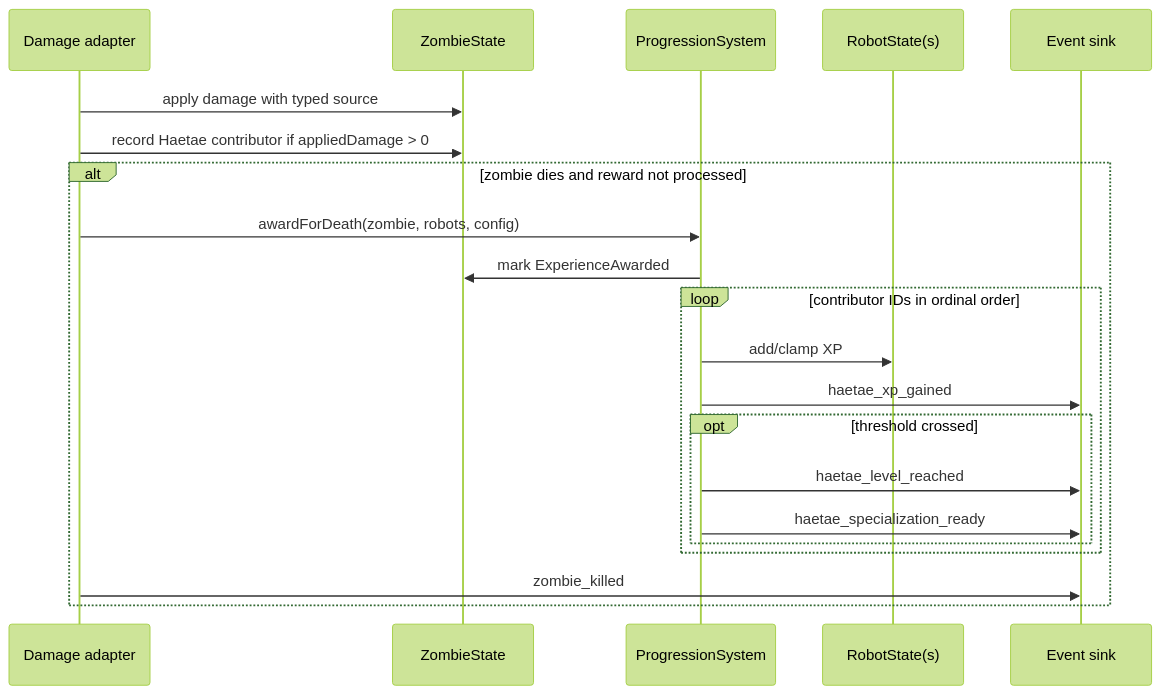
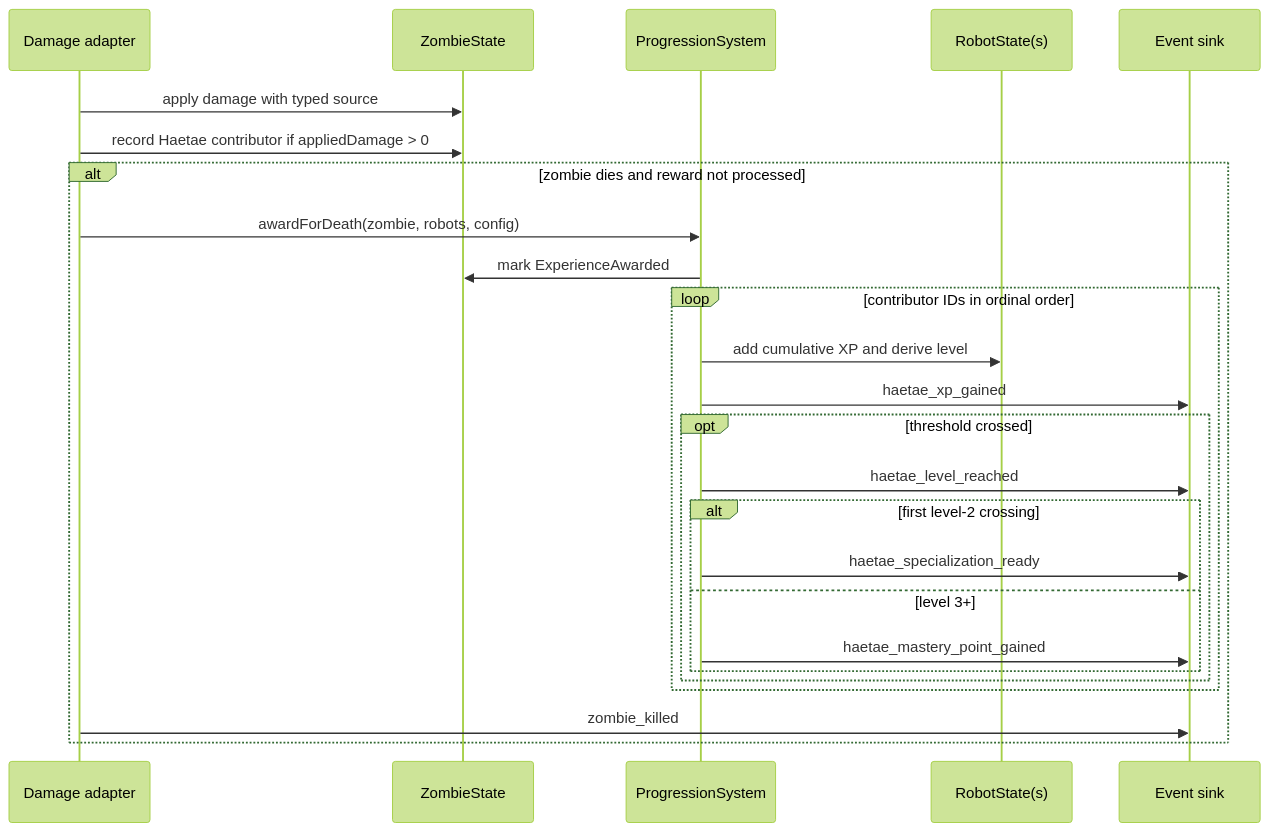
Before and after one commit to Dr-KoKo/telerobot: the third of 3 diagrams in specs/002-haetae-build-progression/data-model.md, drawn with Mermaid (forest theme). The commit also changed other lines of this file and 118 other files, not shown here.

````diff
--- a/specs/002-haetae-build-progression/data-model.md
+++ b/specs/002-haetae-build-progression/data-model.md
@@ -239,24 +291,28 @@
 ```mermaid
 sequenceDiagram
     participant A as Damage adapter
     participant Z as ZombieState
     participant P as ProgressionSystem
     participant R as RobotState(s)
     participant E as Event sink
 
     A->>Z: apply damage with typed source
     A->>Z: record Haetae contributor if appliedDamage > 0
     alt zombie dies and reward not processed
         A->>P: awardForDeath(zombie, robots, config)
         P->>Z: mark ExperienceAwarded
         loop contributor IDs in ordinal order
-            P->>R: add/clamp XP
+            P->>R: add cumulative XP and derive level
             P->>E: haetae_xp_gained
             opt threshold crossed
                 P->>E: haetae_level_reached
-                P->>E: haetae_specialization_ready
+                alt first level-2 crossing
+                    P->>E: haetae_specialization_ready
+                else level 3+
+                    P->>E: haetae_mastery_point_gained
+                end
             end
         end
         A->>E: zombie_killed
     end
 ```
````
